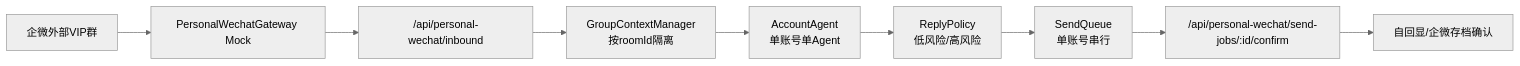
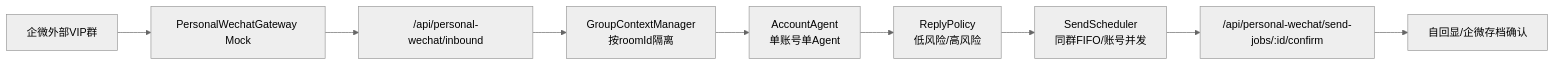
The third of 3 diagrams in docs/ARCHITECTURE.md (JUJUJUN313/customer-ops-agent-console), drawn with Mermaid (neutral theme) before and after one commit. The commit also changed other lines of this file and 15 other files, not shown here.

Commit message:
feat: add archive inbound and send scheduler

````diff
--- a/docs/ARCHITECTURE.md
+++ b/docs/ARCHITECTURE.md
@@ -155,11 +168,11 @@
 ```mermaid
 flowchart LR
   Room["企微外部VIP群"] --> Gateway["PersonalWechatGateway Mock"]
   Gateway --> Inbound["/api/personal-wechat/inbound"]
   Inbound --> Context["GroupContextManager<br/>按roomId隔离"]
   Context --> Agent["AccountAgent<br/>单账号单Agent"]
   Agent --> Policy["ReplyPolicy<br/>低风险/高风险"]
-  Policy --> Queue["SendQueue<br/>单账号串行"]
+  Policy --> Queue["SendScheduler<br/>同群FIFO/账号并发"]
   Queue --> Confirm["/api/personal-wechat/send-jobs/:id/confirm"]
   Confirm --> Echo["自回显/企微存档确认"]
 ```
````
